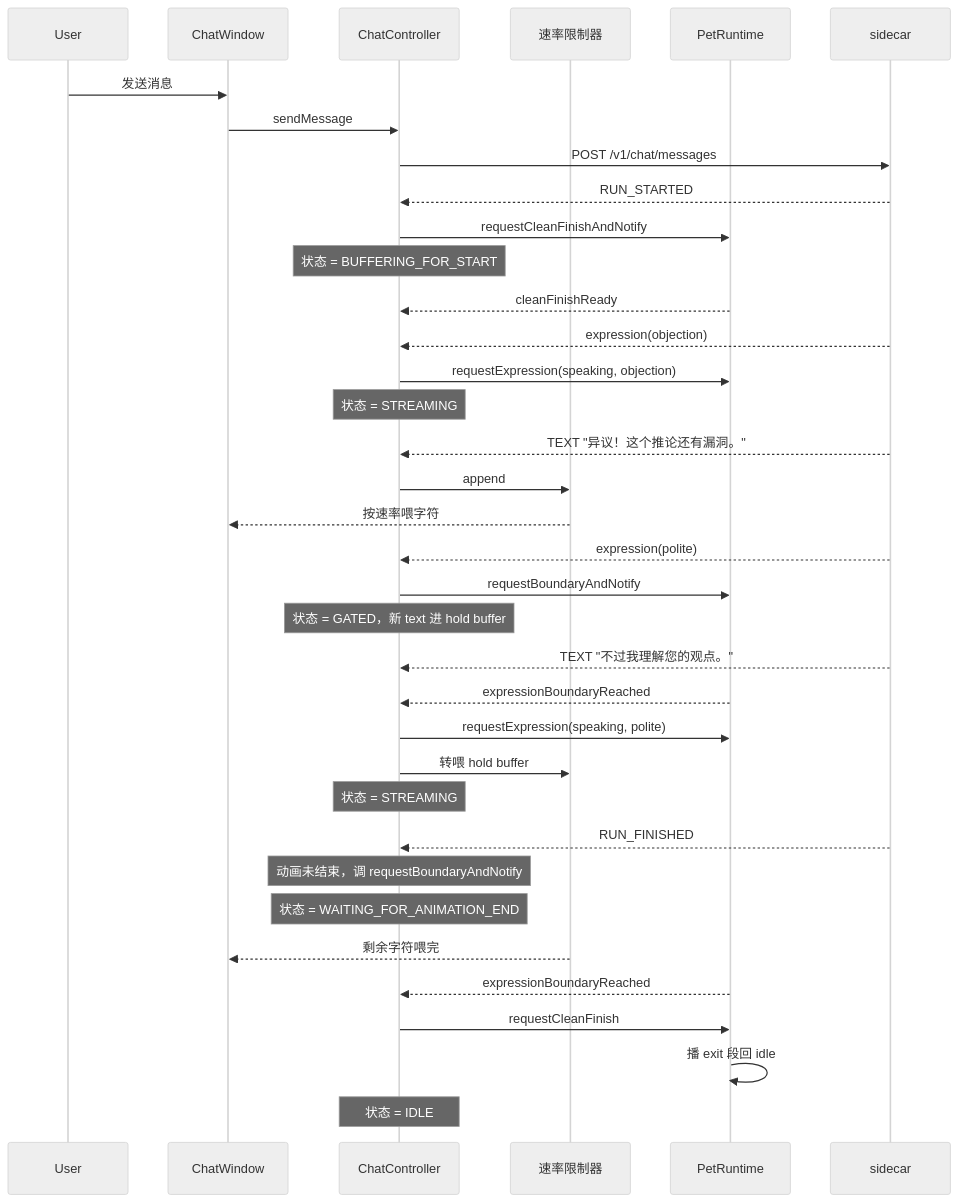
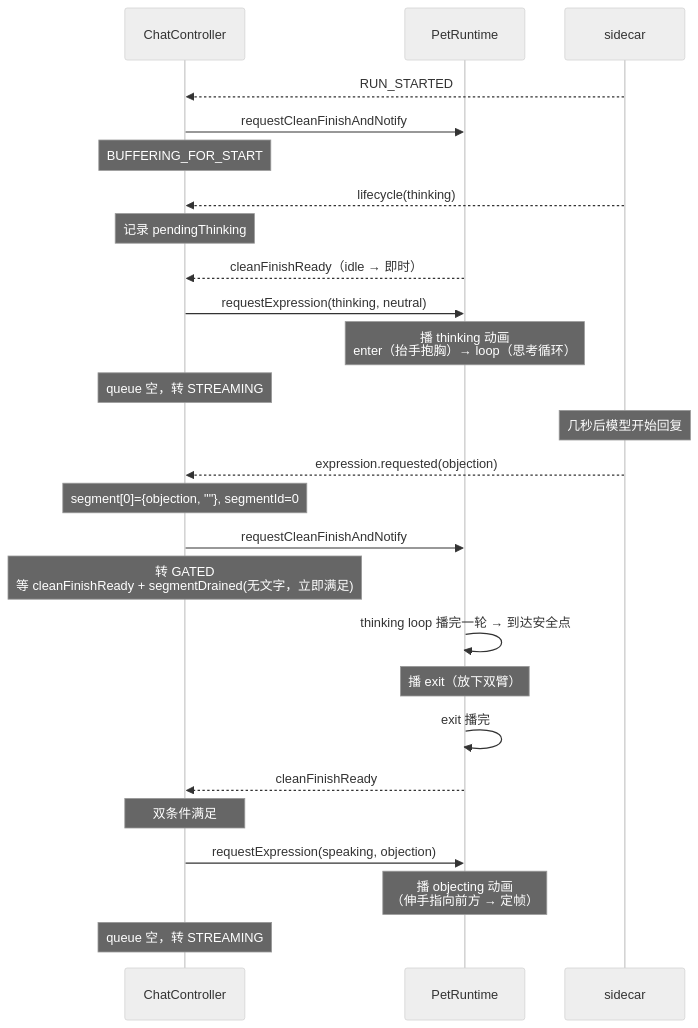
Before and after one commit to tiantian180/MilesEdgeworth: the fourth of 4 diagrams in docs/v2/设计方案/AI 聊天动画编排设计.md, drawn with Mermaid (neutral theme). The commit also changed other lines of this file and 5 other files, not shown here.

````diff
--- a/docs/v2/设计方案/AI 聊天动画编排设计.md
+++ b/docs/v2/设计方案/AI 聊天动画编排设计.md
@@ -288,39 +618,34 @@
 ```mermaid
 sequenceDiagram
-    participant User
-    participant UI as ChatWindow
     participant CC as ChatController
-    participant Tick as 速率限制器
     participant PR as PetRuntime
     participant SC as sidecar
 
-    User->>UI: 发送消息
-    UI->>CC: sendMessage
-    CC->>SC: POST /v1/chat/messages
     SC-->>CC: RUN_STARTED
     CC->>PR: requestCleanFinishAndNotify
-    Note over CC: 状态 = BUFFERING_FOR_START
+    Note over CC: BUFFERING_FOR_START
+
+    SC-->>CC: lifecycle(thinking)
+    Note over CC: 记录 pendingThinking
+
+    PR-->>CC: cleanFinishReady（idle → 即时）
+    CC->>PR: requestExpression(thinking, neutral)
+    Note over PR: 播 thinking 动画<br/>enter（抬手抱胸）→ loop（思考循环）
+    Note over CC: queue 空，转 STREAMING
+
+    Note over SC: 几秒后模型开始回复
+    SC-->>CC: expression.requested(objection)
+    Note over CC: segment[0]={objection, ""}, segmentId=0
+    CC->>PR: requestCleanFinishAndNotify
+    Note over CC: 转 GATED<br/>等 cleanFinishReady + segmentDrained(无文字，立即满足)
+
+    PR->>PR: thinking loop 播完一轮 → 到达安全点
+    Note over PR: 播 exit（放下双臂）
+    PR->>PR: exit 播完
     PR-->>CC: cleanFinishReady
-    SC-->>CC: expression(objection)
+    Note over CC: 双条件满足
+
     CC->>PR: requestExpression(speaking, objection)
-    Note over CC: 状态 = STREAMING
-    SC-->>CC: TEXT "异议！这个推论还有漏洞。"
-    CC->>Tick: append
-    Tick-->>UI: 按速率喂字符
-    SC-->>CC: expression(polite)
-    CC->>PR: requestBoundaryAndNotify
-    Note over CC: 状态 = GATED，新 text 进 hold buffer
-    SC-->>CC: TEXT "不过我理解您的观点。"
-    PR-->>CC: expressionBoundaryReached
-    CC->>PR: requestExpression(speaking, polite)
-    CC->>Tick: 转喂 hold buffer
-    Note over CC: 状态 = STREAMING
-    SC-->>CC: RUN_FINISHED
-    Note over CC: 动画未结束，调 requestBoundaryAndNotify
-    Note over CC: 状态 = WAITING_FOR_ANIMATION_END
-    Tick-->>UI: 剩余字符喂完
-    PR-->>CC: expressionBoundaryReached
-    CC->>PR: requestCleanFinish
-    PR->>PR: 播 exit 段回 idle
-    Note over CC: 状态 = IDLE
+    Note over PR: 播 objecting 动画<br/>（伸手指向前方 → 定帧）
+    Note over CC: queue 空，转 STREAMING
 ```
````
